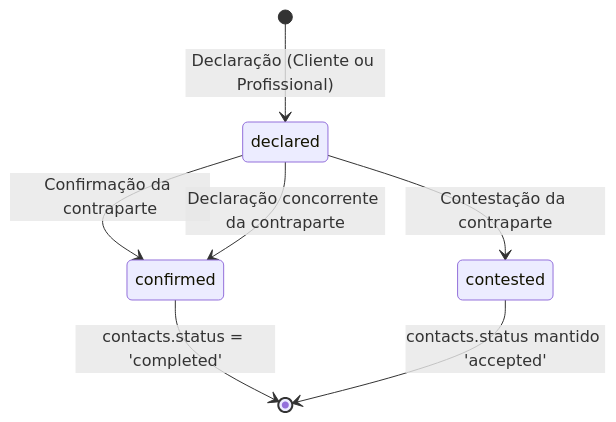
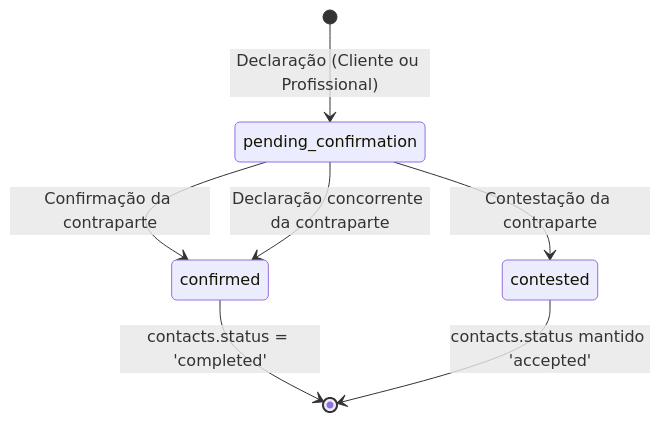
The diagram in docs/CONTACT_COMPLETION_CONFIRMATION.md (koglim/contato), drawn with Mermaid before and after one commit. The commit also changed other lines of this file and 3 other files, not shown here.

````diff
--- a/docs/CONTACT_COMPLETION_CONFIRMATION.md
+++ b/docs/CONTACT_COMPLETION_CONFIRMATION.md
@@ -23,9 +23,9 @@
 ```mermaid
 stateDiagram-v2
-    [*] --> declared: Declaração (Cliente ou Profissional)
-    declared --> confirmed: Confirmação da contraparte
-    declared --> confirmed: Declaração concorrente da contraparte
-    declared --> contested: Contestação da contraparte
+    [*] --> pending_confirmation: Declaração (Cliente ou Profissional)
+    pending_confirmation --> confirmed: Confirmação da contraparte
+    pending_confirmation --> confirmed: Declaração concorrente da contraparte
+    pending_confirmation --> contested: Contestação da contraparte
     confirmed --> [*]: contacts.status = 'completed'
     contested --> [*]: contacts.status mantido 'accepted'
 ```
````
